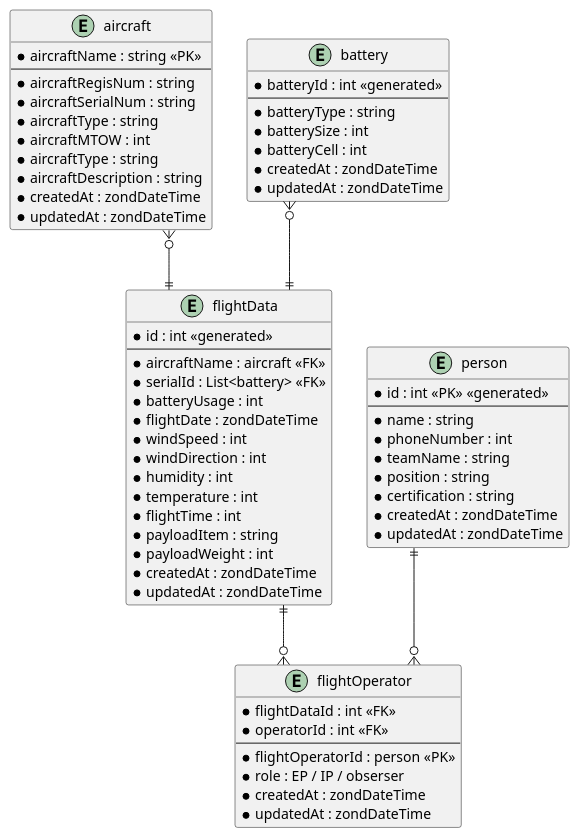
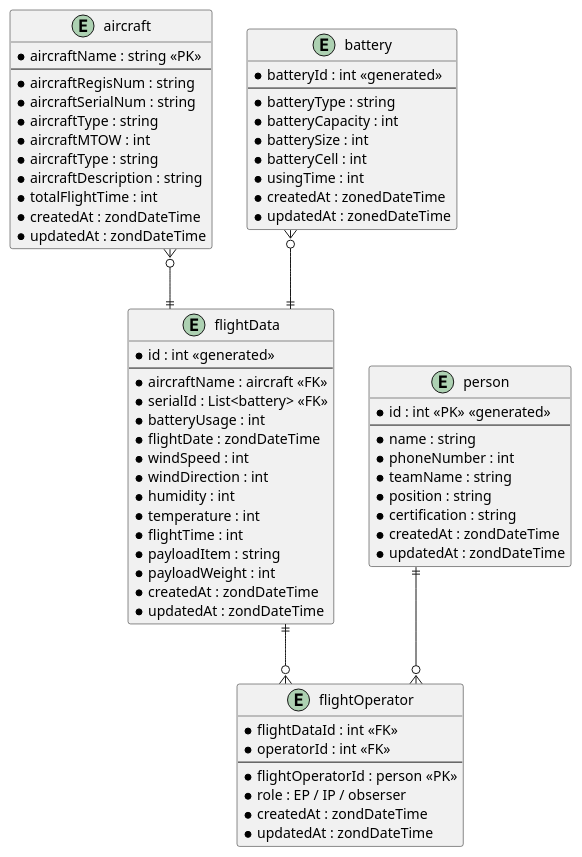
Before and after one commit to KimJinHyeok1/FlightManagementApp: the diagram in Docs/flightManagementApp.puml, drawn with PlantUML. The commit also changed 14 other files, not shown here.

```diff
--- a/Docs/flightManagementApp.puml
+++ b/Docs/flightManagementApp.puml
@@ -1,81 +1,84 @@
 @startuml
 
 ' hide the spot
 ' hide circle
 
 ' avoid problems with angled crows feet
 skinparam linetype ortho
 
 entity "aircraft" as aircraft {
   *aircraftName : string <<PK>>
   --
   *aircraftRegisNum : string
   *aircraftSerialNum : string
   *aircraftType : string
   *aircraftMTOW : int
   *aircraftType : string
   *aircraftDescription : string
+  *totalFlightTime : int
   *createdAt : zondDateTime
   *updatedAt : zondDateTime
 }
 
 entity "battery" as battery {
   *batteryId : int <<generated>>
   --
   *batteryType : string
+  *batteryCapacity : int
   *batterySize : int
   *batteryCell : int
-  *createdAt : zondDateTime
-  *updatedAt : zondDateTime
+  *usingTime : int
+  *createdAt : zonedDateTime
+  *updatedAt : zonedDateTime
 }
 
 entity "person" as operator {
   *id : int <<PK>> <<generated>>
   --
   *name : string 
   *phoneNumber : int
   *teamName : string
   *position : string
   *certification : string
   *createdAt : zondDateTime
   *updatedAt : zondDateTime
 }
 
 entity "flightOperator" as flightOperator {
   *flightDataId : int <<FK>>
   *operatorId : int <<FK>>
   --
   *flightOperatorId : person <<PK>> 
   *role : EP / IP / obserser
   *createdAt : zondDateTime
-  *updatedAt : zondDateTime
+  *updatedAt : zondDateTime 
 }
 
 entity "flightData" as flightPlan {
   *id : int <<generated>>
   --
   *aircraftName : aircraft <<FK>>
   *serialId : List<battery> <<FK>>
   *batteryUsage : int
   *flightDate : zondDateTime
   *windSpeed : int
   *windDirection : int
   *humidity : int
   *temperature : int
   *flightTime : int
   *payloadItem : string
   *payloadWeight : int
   *createdAt : zondDateTime
   *updatedAt : zondDateTime
 }
 
 
 
 flightPlan ||--o{ flightOperator
 operator ||--o{ flightOperator
 
 battery }o--|| flightPlan
 aircraft }o--|| flightPlan
 
 
 @enduml
```
